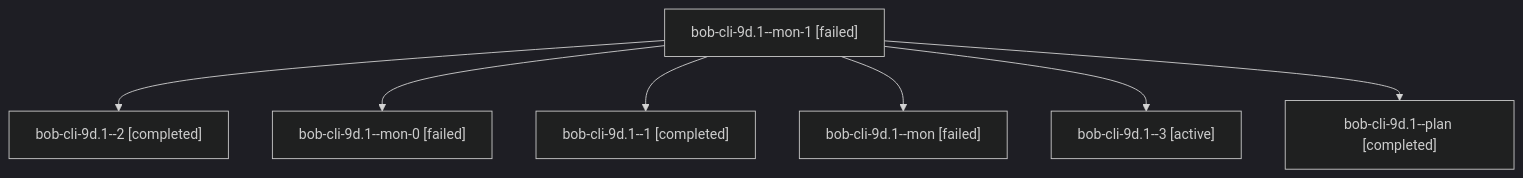
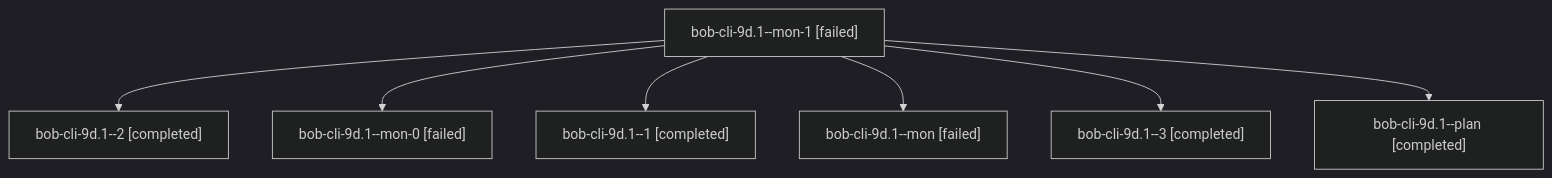
Before and after one commit to bobs-org/bob-cli--agents: the diagram in sessions/bbugyi200.athena.bob-cli-9d.1.md, drawn with Mermaid (dark theme). The commit also changed other lines of this file and 12 other files, not shown here.

````diff
--- a/sessions/bbugyi200.athena.bob-cli-9d.1.md
+++ b/sessions/bbugyi200.athena.bob-cli-9d.1.md
@@ -9,16 +9,16 @@
 ```mermaid
 flowchart TD
   n0["bob-cli-9d.1--mon-1 [failed]"]
   n1["bob-cli-9d.1--2 [completed]"]
   n0 --> n1
   n2["bob-cli-9d.1--mon-0 [failed]"]
   n0 --> n2
   n3["bob-cli-9d.1--1 [completed]"]
   n0 --> n3
   n4["bob-cli-9d.1--mon [failed]"]
   n0 --> n4
-  n5["bob-cli-9d.1--3 [active]"]
+  n5["bob-cli-9d.1--3 [completed]"]
   n0 --> n5
   n6["bob-cli-9d.1--plan [completed]"]
   n0 --> n6
 ```
````
